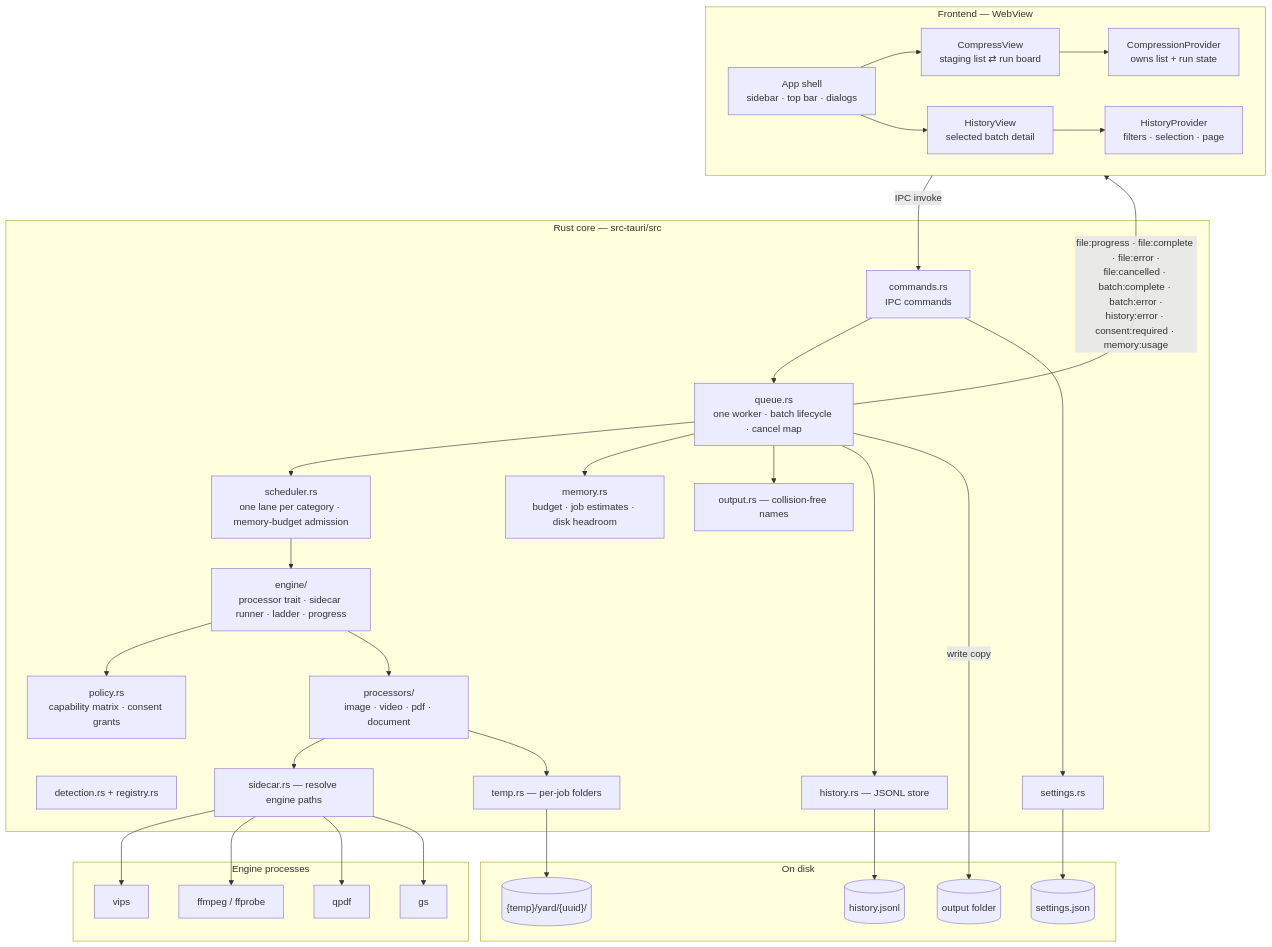
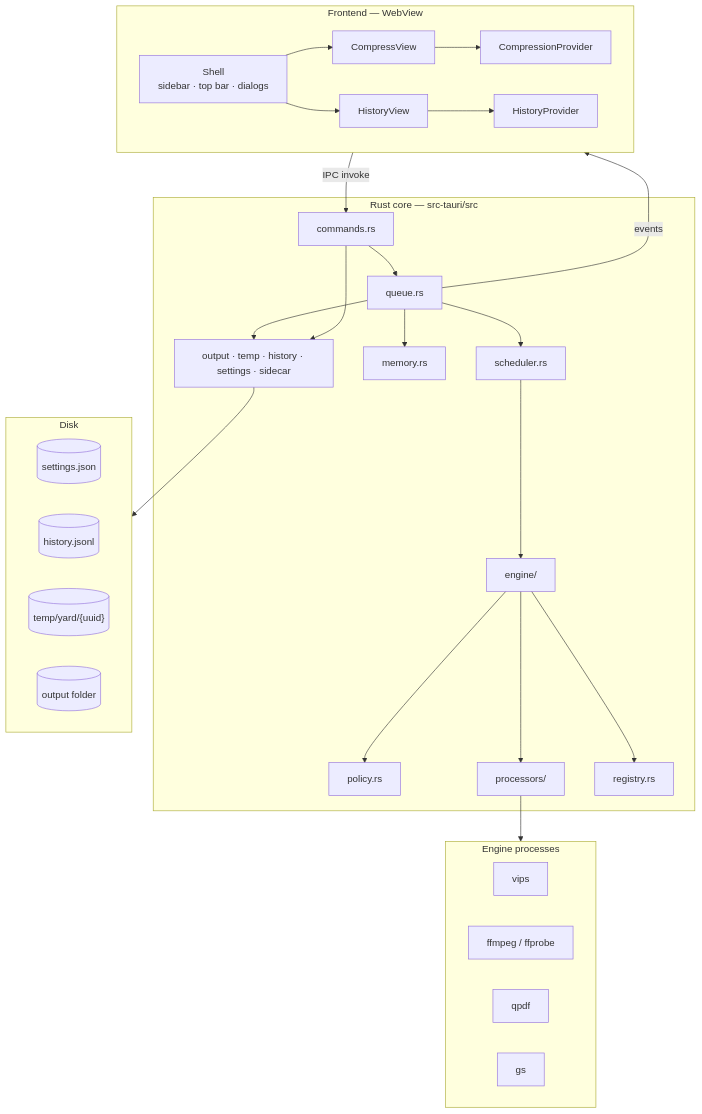
Before and after one commit to initgrep-apps/yard: the first of 2 diagrams in docs/ARCHITECTURE.md, drawn with Mermaid. The commit also changed other lines of this file and 14 other files, not shown here.

````diff
--- a/docs/ARCHITECTURE.md
+++ b/docs/ARCHITECTURE.md
@@ -27,63 +26,54 @@
 ```mermaid
 flowchart TB
     subgraph FE["Frontend — WebView"]
-        APP["App shell<br/>sidebar · top bar · dialogs"]
-        CV["CompressView<br/>staging list ⇄ run board"]
-        HV["HistoryView<br/>selected batch detail"]
-        CP["CompressionProvider<br/>owns list + run state"]
-        HP["HistoryProvider<br/>filters · selection · page"]
-        APP --> CV
-        APP --> HV
+        SHELL["Shell<br/>sidebar · top bar · dialogs"]
+        CV["CompressView"]
+        HV["HistoryView"]
+        CP["CompressionProvider"]
+        HP["HistoryProvider"]
+        SHELL --> CV
+        SHELL --> HV
         CV --> CP
         HV --> HP
     end
 
     subgraph CORE["Rust core — src-tauri/src"]
-        CMD["commands.rs<br/>IPC commands"]
-        Q["queue.rs<br/>one worker · batch lifecycle · cancel map"]
-        SCH["scheduler.rs<br/>one lane per category · memory-budget admission"]
-        MEM["memory.rs<br/>budget · job estimates · disk headroom"]
-        POL["policy.rs<br/>capability matrix · consent grants"]
-        ENG["engine/<br/>processor trait · sidecar runner · ladder · progress"]
-        REG["processors/<br/>image · video · pdf · document"]
-        DET["detection.rs + registry.rs"]
-        OUT["output.rs — collision-free names"]
-        TMP["temp.rs — per-job folders"]
-        HS["history.rs — JSONL store"]
-        SET["settings.rs"]
-        SC["sidecar.rs — resolve engine paths"]
+        CMD["commands.rs"]
+        Q["queue.rs"]
+        SCH["scheduler.rs"]
+        MEM["memory.rs"]
+        POL["policy.rs"]
+        ENG["engine/"]
+        PROC["processors/"]
+        REG["registry.rs"]
+        IO["output · temp · history · settings · sidecar"]
     end
 
-    subgraph DISK["On disk"]
-        STORE[("settings.json")]
+    subgraph DISK["Disk"]
+        SET[("settings.json")]
         HIST[("history.jsonl")]
-        TMPD[("{temp}/yard/{uuid}/")]
-        OUTD[("output folder")]
+        TMP[("temp/yard/{uuid}")]
+        OUT[("output folder")]
     end
 
-    subgraph ENGINES["Engine processes"]
+    subgraph BIN["Engine processes"]
         VIPS[vips]
         FF[ffmpeg / ffprobe]
         QPDF[qpdf]
         GS[gs]
     end
 
     FE -- "IPC invoke" --> CMD
     CMD --> Q
     Q --> SCH
     SCH --> ENG
-    Q --> MEM
+    ENG --> PROC
     ENG --> POL
     ENG --> REG
-    REG --> SC
-    SC --> VIPS & FF & QPDF & GS
-    REG --> TMP
-    Q --> OUT
-    Q --> HS
-    CMD --> SET
-    SET --> STORE
-    HS --> HIST
-    TMP --> TMPD
-    Q -- "write copy" --> OUTD
-    Q -- "file:progress · file:complete · file:error ·<br/>file:cancelled · batch:complete · batch:error ·<br/>history:error · consent:required · memory:usage" --> FE
+    PROC --> BIN
+    Q --> MEM
+    Q --> IO
+    CMD --> IO
+    IO --> DISK
+    Q -- "events" --> FE
 ```
````
